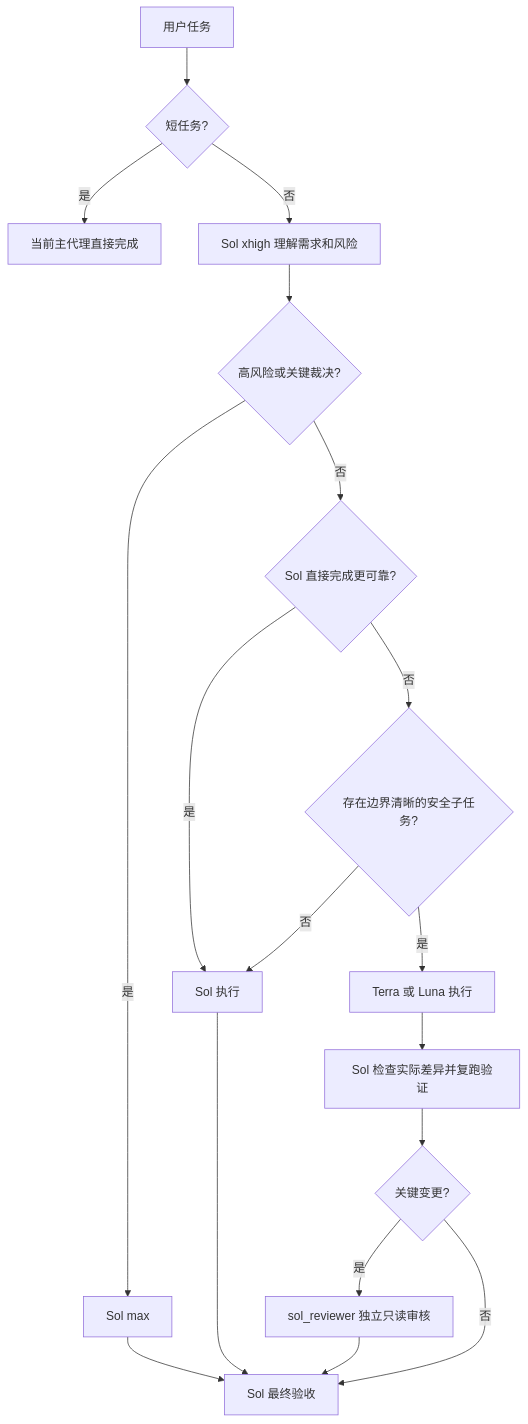
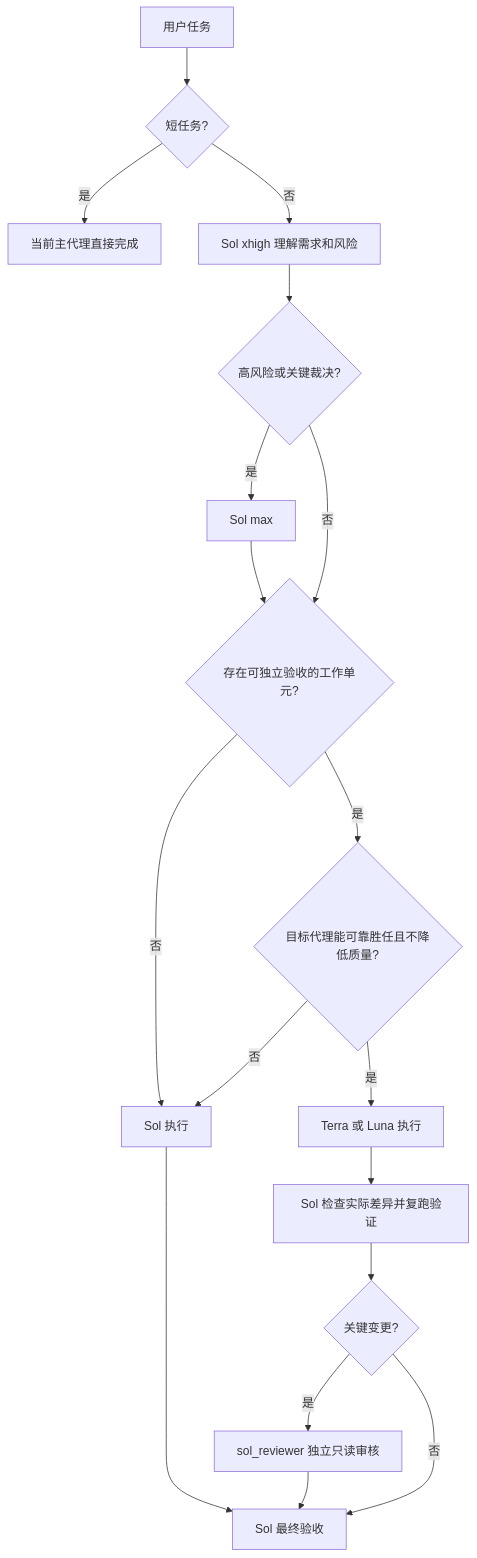
One commit to 9holy/codex-quality-orchestrator changed the diagram in docs/OPERATING_GUIDE.md. Above: the diagram before and after it, drawn with Mermaid. The commit also changed other lines of this file and 13 other files, not shown here.

````diff
--- a/docs/OPERATING_GUIDE.md
+++ b/docs/OPERATING_GUIDE.md
@@ -13,20 +15,20 @@
 ```mermaid
 flowchart TD
     A[用户任务] --> B{短任务?}
     B -->|是| C[当前主代理直接完成]
     B -->|否| D[Sol xhigh 理解需求和风险]
     D --> E{高风险或关键裁决?}
     E -->|是| F[Sol max]
-    E -->|否| G{Sol 直接完成更可靠?}
-    G -->|是| H[Sol 执行]
-    G -->|否| I{存在边界清晰的安全子任务?}
-    I -->|否| H
-    I -->|是| J[Terra 或 Luna 执行]
+    E -->|否| I{存在可独立验收的工作单元?}
+    F --> I
+    I -->|否| H[Sol 执行]
+    I -->|是| G{目标代理能可靠胜任且不降低质量?}
+    G -->|否| H
+    G -->|是| J[Terra 或 Luna 执行]
     J --> K[Sol 检查实际差异并复跑验证]
     K --> L{关键变更?}
     L -->|是| M[sol_reviewer 独立只读审核]
     L -->|否| N[Sol 最终验收]
     M --> N
-    F --> N
     H --> N
 ```
````
